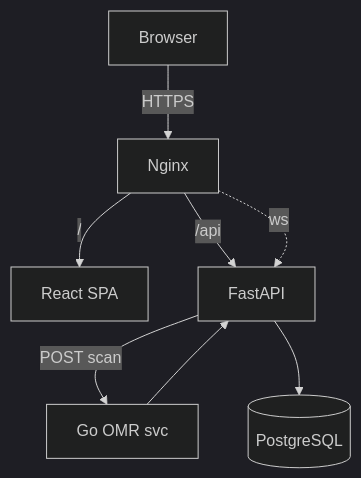
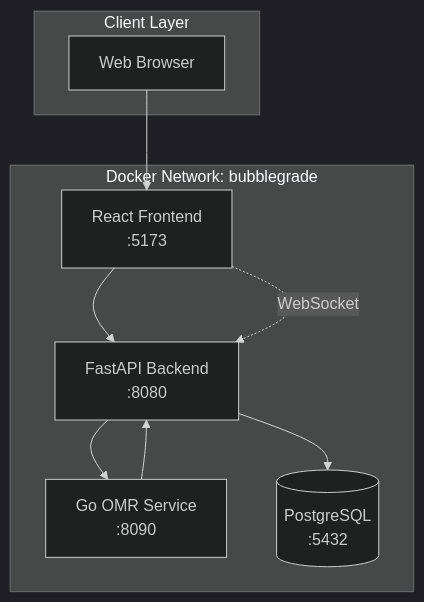
Before and after one commit to JazzDataSolutions/BubbleGrade: the diagram in README.md, drawn with Mermaid (dark theme). The commit also changed other lines of this file and 36 other files, not shown here.

````diff
--- a/README.md
+++ b/README.md
@@ -24,10 +39,21 @@
 ```mermaid
-graph TD
-  Browser -->|HTTPS| Nginx[Nginx]
-  Nginx -->|/| Frontend[React SPA]
-  Nginx -->|/api| API[FastAPI]
-  Nginx -. ws .-> API
-  API -->|POST scan| OMR[Go OMR svc]
-  OMR --> API
-  API --> DB[(PostgreSQL)]
+graph TB
+    subgraph "Client Layer"
+        Browser[Web Browser]
+    end
+    
+    subgraph "Docker Network: bubblegrade"
+        Frontend[React Frontend<br/>:5173]
+        API[FastAPI Backend<br/>:8080]
+        OMR[Go OMR Service<br/>:8090]
+        DB[(PostgreSQL<br/>:5432)]
+    end
+    
+    Browser --> Frontend
+    Frontend --> API
+    API --> OMR
+    API --> DB
+    OMR --> API
+    
+    Frontend -.->|WebSocket| API
 ```
````
